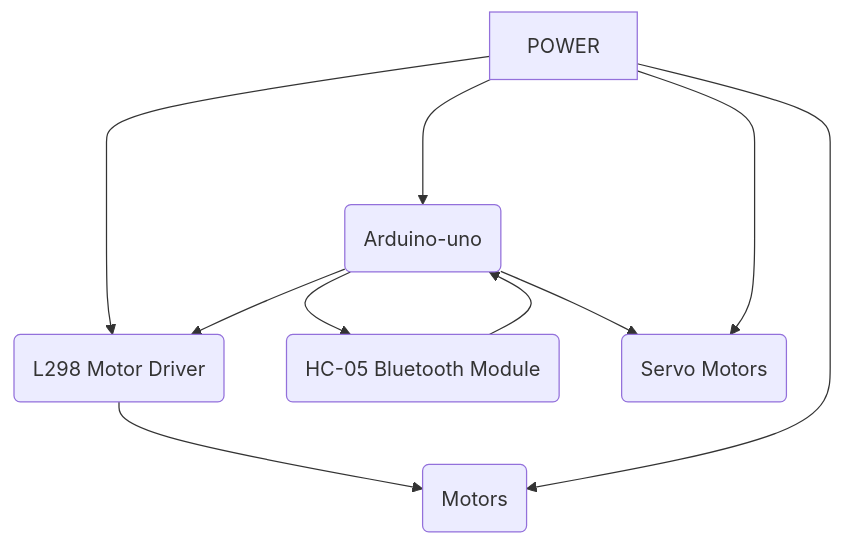
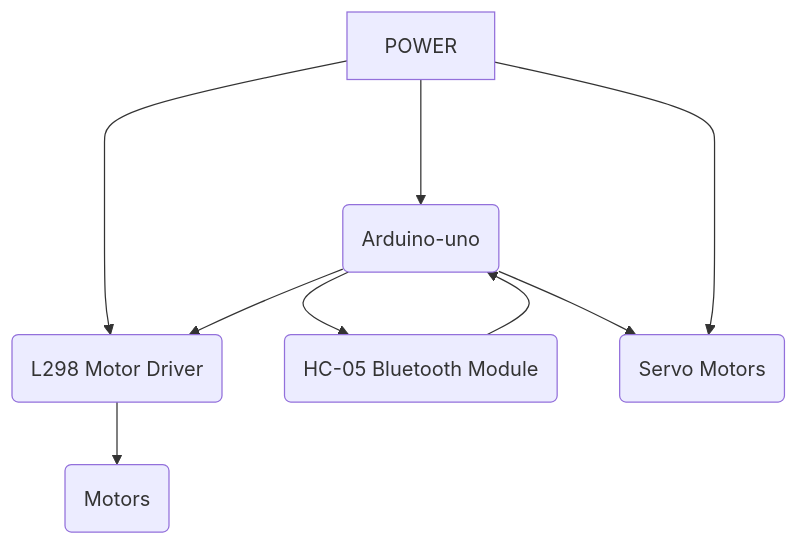
The first of 2 diagrams in README.md (Rahul-chintamani/BlueTooth-Tank), drawn with Mermaid before and after one commit.

Commit message:
Latest Tank

````diff
--- a/README.md
+++ b/README.md
@@ -49,9 +49,9 @@
 ``` mermaid
 flowchart TB
 a[POWER] ---> b(Arduino-uno) & c(L298 Motor Driver)
 d(HC-05 Bluetooth Module)-->b
 b --> d & c & g
 c --> f(Motors)
-a --> f
+
 a --> g(Servo Motors)
 ```
````
